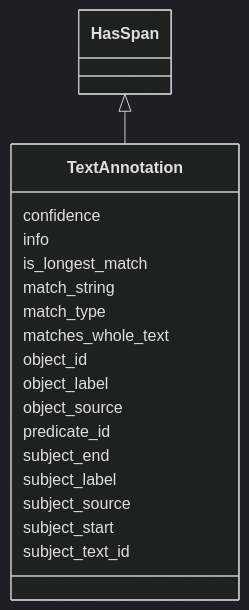
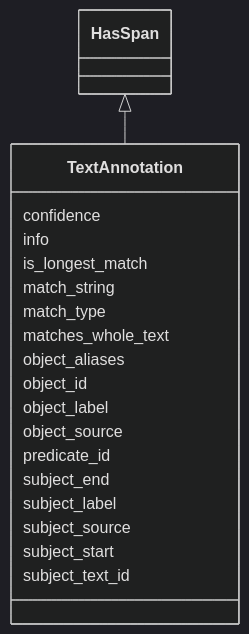
One commit to cthoyt/ontology-access-kit changed the diagram in text-annotator/TextAnnotation.md. Above: the diagram before and after it, drawn with Mermaid (dark theme). The commit also changed other lines of this file and 2537 other files, not shown here.

````diff
--- a/text-annotator/TextAnnotation.md
+++ b/text-annotator/TextAnnotation.md
@@ -13,22 +11,23 @@
 ```{mermaid}
  classDiagram
+    class TextAnnotation
       HasSpan <|-- TextAnnotation
       
       TextAnnotation : confidence
       TextAnnotation : info
       TextAnnotation : is_longest_match
       TextAnnotation : match_string
       TextAnnotation : match_type
       TextAnnotation : matches_whole_text
+      TextAnnotation : object_aliases
       TextAnnotation : object_id
       TextAnnotation : object_label
       TextAnnotation : object_source
       TextAnnotation : predicate_id
       TextAnnotation : subject_end
       TextAnnotation : subject_label
       TextAnnotation : subject_source
       TextAnnotation : subject_start
       TextAnnotation : subject_text_id
       
-
 ```
````
